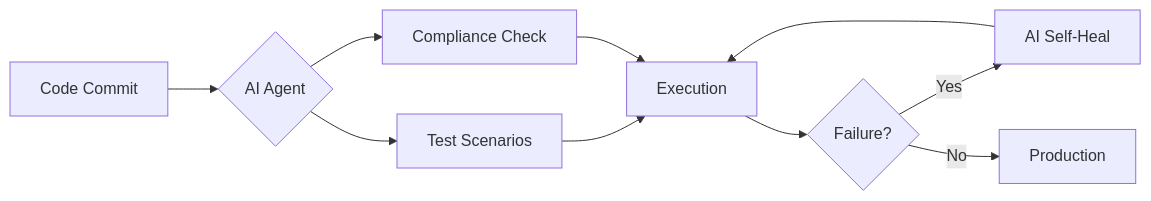
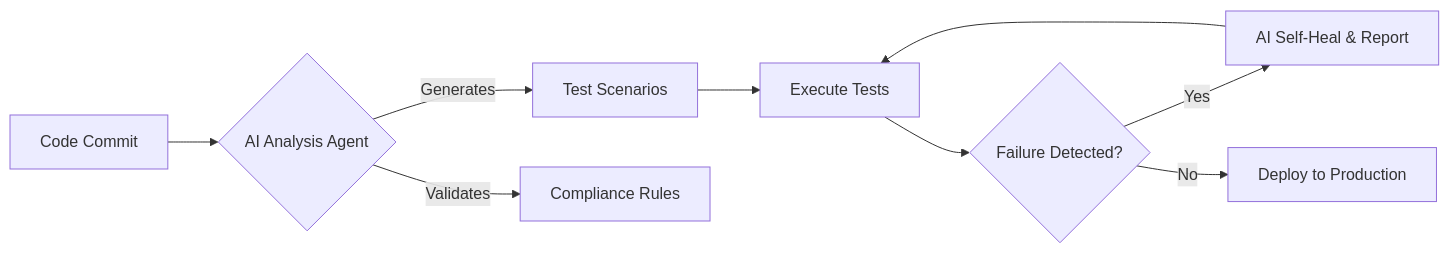
Before and after one commit to darshil0/darshil0: the diagram in README.md, drawn with Mermaid. The commit also changed other lines of this file, not shown here.

````diff
--- a/README.md
+++ b/README.md
@@ -50,13 +47,11 @@
 ```mermaid
 graph LR
-    A[Code Commit] --> B{AI Agent}
-    B --> C[Test Scenarios]
-    B --> D[Compliance Check]
-    C --> E[Execution]
-    D --> E
-    E --> F{Failure?}
-    F -- Yes --> G[AI Self-Heal]
+    A[Code Commit] --> B{AI Analysis Agent}
+    B -->|Generates| C[Test Scenarios]
+    B -->|Validates| D[Compliance Rules]
+    C --> E[Execute Tests]
+    E --> F{Failure Detected?}
+    F -->|Yes| G[AI Self-Heal & Report]
     G --> E
-    F -- No --> H[Production]
-
+    F -->|No| H[Deploy to Production]
 ```
````
